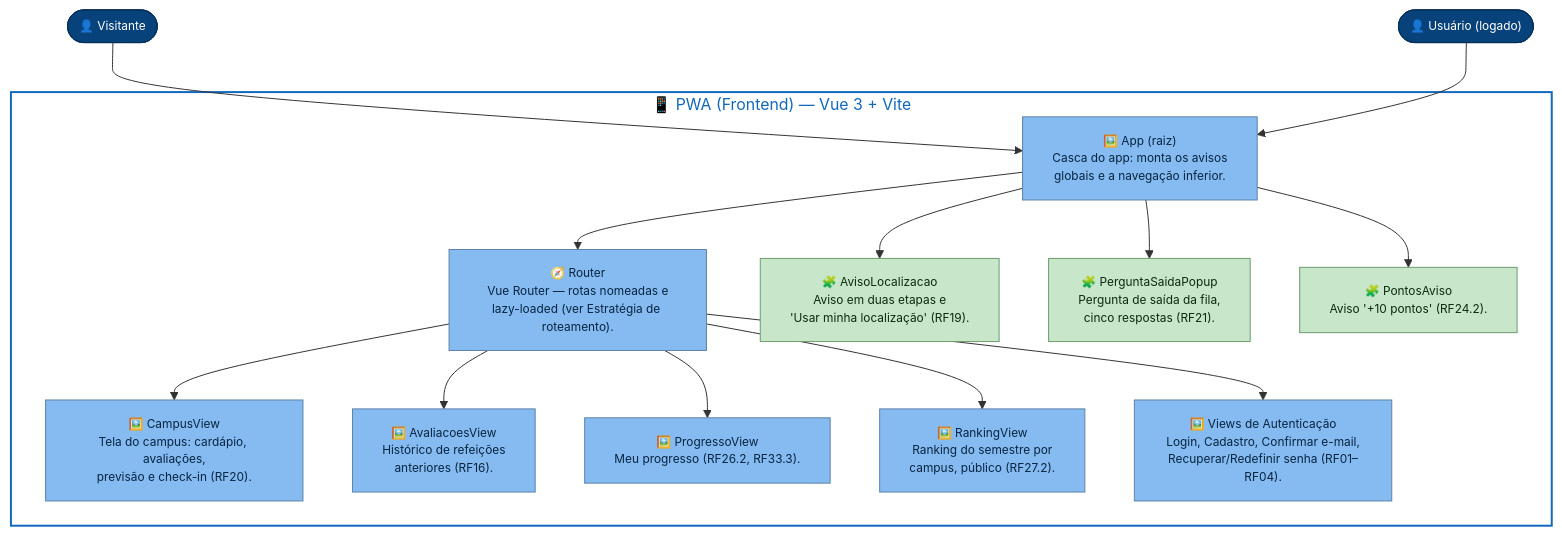
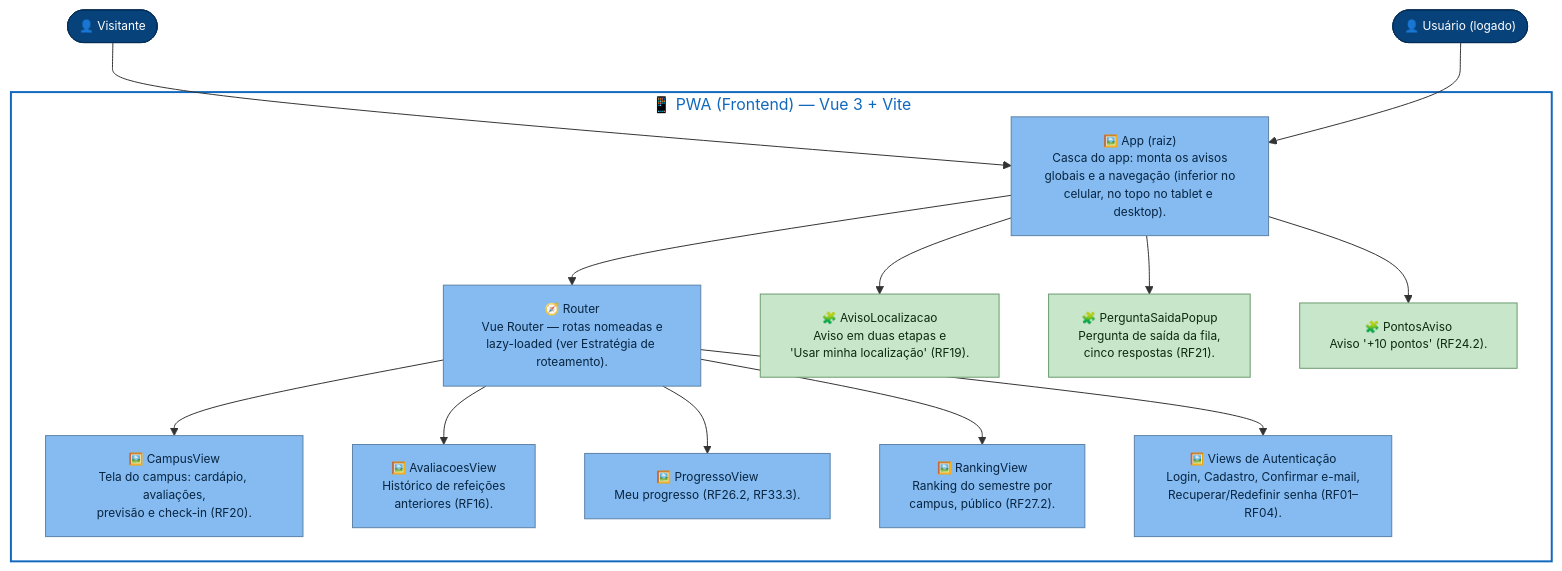
Before and after one commit to unb-mds/2026-2-Bandejao-UnB: the first of 11 diagrams in docs/arquitetura/front-end/c4-niveis-3-4-frontend-bandejao.md, drawn with Mermaid. The commit also changed other lines of this file and 12 other files, not shown here.

Commit message:
feat(frontend): base responsiva com navegação no topo (FE-20, #169)

````diff
--- a/docs/arquitetura/front-end/c4-niveis-3-4-frontend-bandejao.md
+++ b/docs/arquitetura/front-end/c4-niveis-3-4-frontend-bandejao.md
@@ -58,60 +58,61 @@
 ```mermaid
 flowchart TB
   visitante(["👤 Visitante"])
   usuario(["👤 Usuário (logado)"])
 
   subgraph frontend["📱 PWA (Frontend) — Vue 3 + Vite"]
     app["🖼️ App (raiz)
 Casca do app: monta os avisos
-globais e a navegação inferior."]
+globais e a navegação (inferior no
+celular, no topo no tablet e desktop)."]
     router["🧭 Router
 Vue Router — rotas nomeadas e
 lazy-loaded (ver Estratégia de roteamento)."]
 
     campusView["🖼️ CampusView
 Tela do campus: cardápio, avaliações,
 previsão e check-in (RF20)."]
     avaliacoesView["🖼️ AvaliacoesView
 Histórico de refeições
 anteriores (RF16)."]
     progressoView["🖼️ ProgressoView
 Meu progresso (RF26.2, RF33.3)."]
     rankingView["🖼️ RankingView
 Ranking do semestre por
 campus, público (RF27.2)."]
     authViews["🖼️ Views de Autenticação
 Login, Cadastro, Confirmar e-mail,
 Recuperar/Redefinir senha (RF01–RF04)."]
 
     avisoLocalizacao["🧩 AvisoLocalizacao
 Aviso em duas etapas e
 'Usar minha localização' (RF19)."]
     perguntaSaida["🧩 PerguntaSaidaPopup
 Pergunta de saída da fila,
 cinco respostas (RF21)."]
     pontosAviso["🧩 PontosAviso
 Aviso '+10 pontos' (RF24.2)."]
   end
 
   visitante --> app
   usuario --> app
   app --> router
   app --> avisoLocalizacao
   app --> perguntaSaida
   app --> pontosAviso
   router --> campusView
   router --> avaliacoesView
   router --> progressoView
   router --> rankingView
   router --> authViews
 
   classDef person fill:#08427b,stroke:#052e56,color:#fff,font-size:12px
   classDef view fill:#85bbf0,stroke:#5d82a8,color:#082542,font-size:12px
   classDef component fill:#c8e6c9,stroke:#6b9b6e,color:#0d2b0e,font-size:12px
   classDef boundary fill:#ffffff,stroke:#1168bd,stroke-width:2px,color:#1168bd
 
   class visitante,usuario person
   class app,router,campusView,avaliacoesView,progressoView,rankingView,authViews view
   class avisoLocalizacao,perguntaSaida,pontosAviso component
   class frontend boundary
 ```
````
